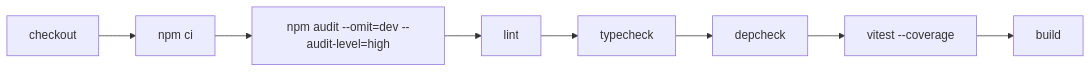
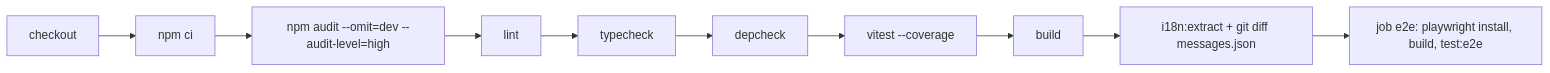
The fifth of 5 diagrams in docs/DOCUMENTACION_TECNICA.md (valdomero777/live_manager), drawn with Mermaid before and after one commit. The commit also changed other lines of this file and 1 other file, not shown here.

````diff
--- a/docs/DOCUMENTACION_TECNICA.md
+++ b/docs/DOCUMENTACION_TECNICA.md
@@ -623,5 +656,7 @@
 ```mermaid
 flowchart LR
   A[checkout] --> B[npm ci] --> C[npm audit --omit=dev --audit-level=high]
   C --> D[lint] --> E[typecheck] --> F[depcheck] --> G[vitest --coverage] --> H[build]
+  H --> I[i18n:extract + git diff messages.json]
+  I --> J[job e2e: playwright install, build, test:e2e]
 ```
````
